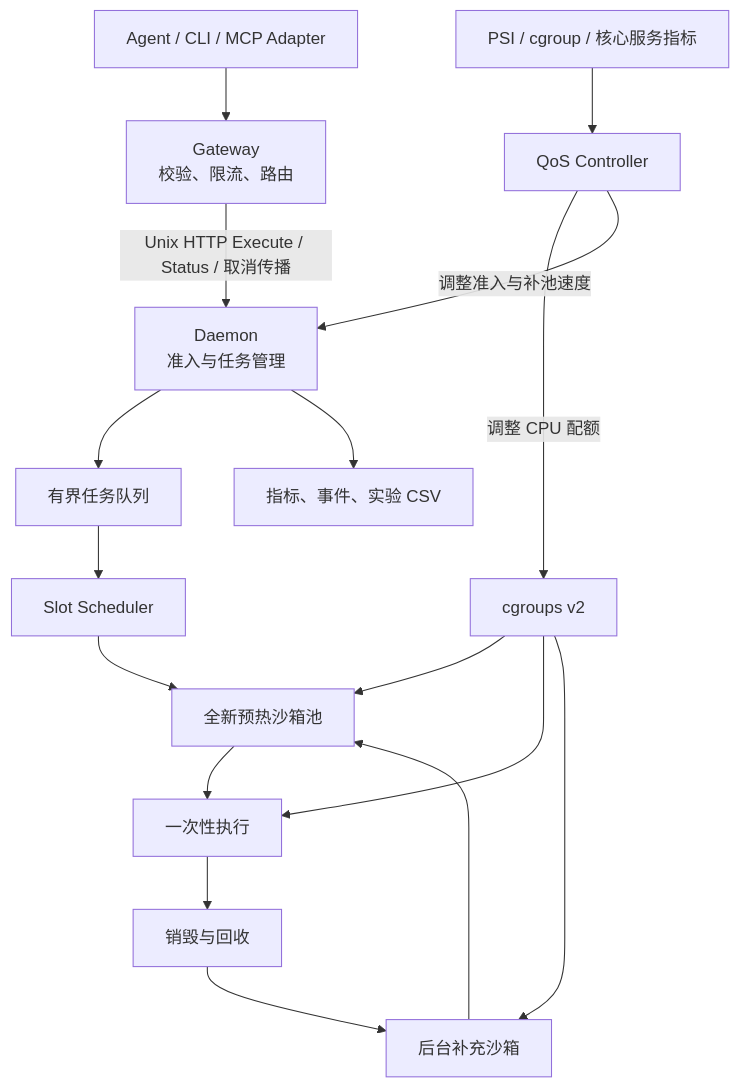
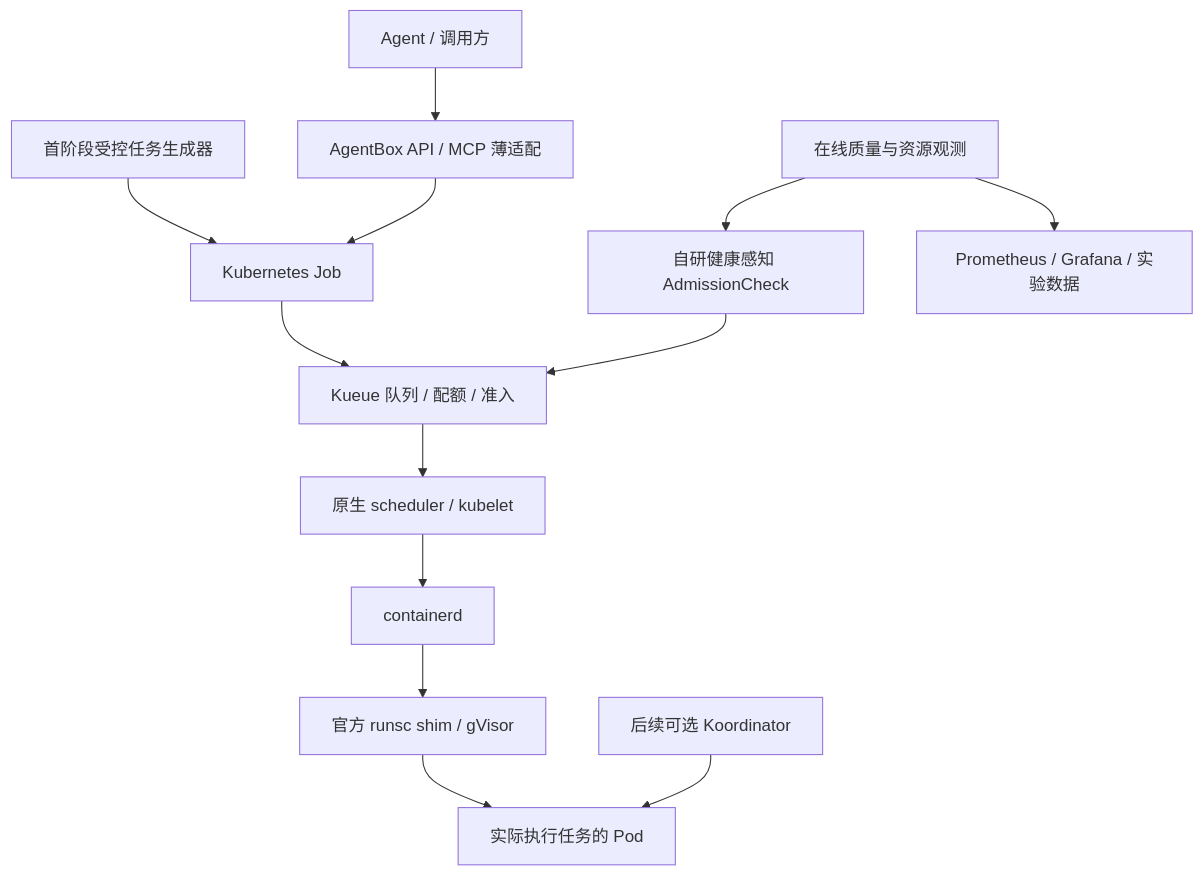
The diagram in DESIGN.md (X1Kun/AgentBox), drawn with Mermaid before and after one commit. The commit also changed other lines of this file and 20 other files, not shown here.

First line of the commit message:
docs: consolidate documentation and define agentboxd retirement roadmap

````diff
--- a/DESIGN.md
+++ b/DESIGN.md
@@ -83,22 +38,15 @@
 ```mermaid
-flowchart TB
-    A[Agent / CLI / MCP Adapter] --> G[Gateway<br/>校验、限流、路由]
-    G -->|Unix HTTP Execute / Status / 取消传播| D[Daemon<br/>准入与任务管理]
-
-    D --> Q[有界任务队列]
-    Q --> P[Slot Scheduler]
-    P --> W[全新预热沙箱池]
-    W --> E[一次性执行]
-    E --> X[销毁与回收]
-    X --> R[后台补充沙箱]
-    R --> W
-
-    M[PSI / cgroup / 核心服务指标] --> C[QoS Controller]
-    C -->|调整 CPU 配额| K[cgroups v2]
-    C -->|调整准入与补池速度| D
-    K --> W
-    K --> E
-    K --> R
-
-    D --> O[指标、事件、实验 CSV]
+flowchart TD
+    A[Agent / 调用方] --> B[AgentBox API / MCP 薄适配]
+    T[首阶段受控任务生成器] --> J[Kubernetes Job]
+    B --> J
+    J --> Q[Kueue 队列 / 配额 / 准入]
+    H[自研健康感知 AdmissionCheck] --> Q
+    Q --> S[原生 scheduler / kubelet]
+    S --> C[containerd]
+    C --> R[官方 runsc shim / gVisor]
+    R --> P[实际执行任务的 Pod]
+    K[后续可选 Koordinator] --> P
+    O[在线质量与资源观测] --> H
+    O --> M[Prometheus / Grafana / 实验数据]
 ```
````
